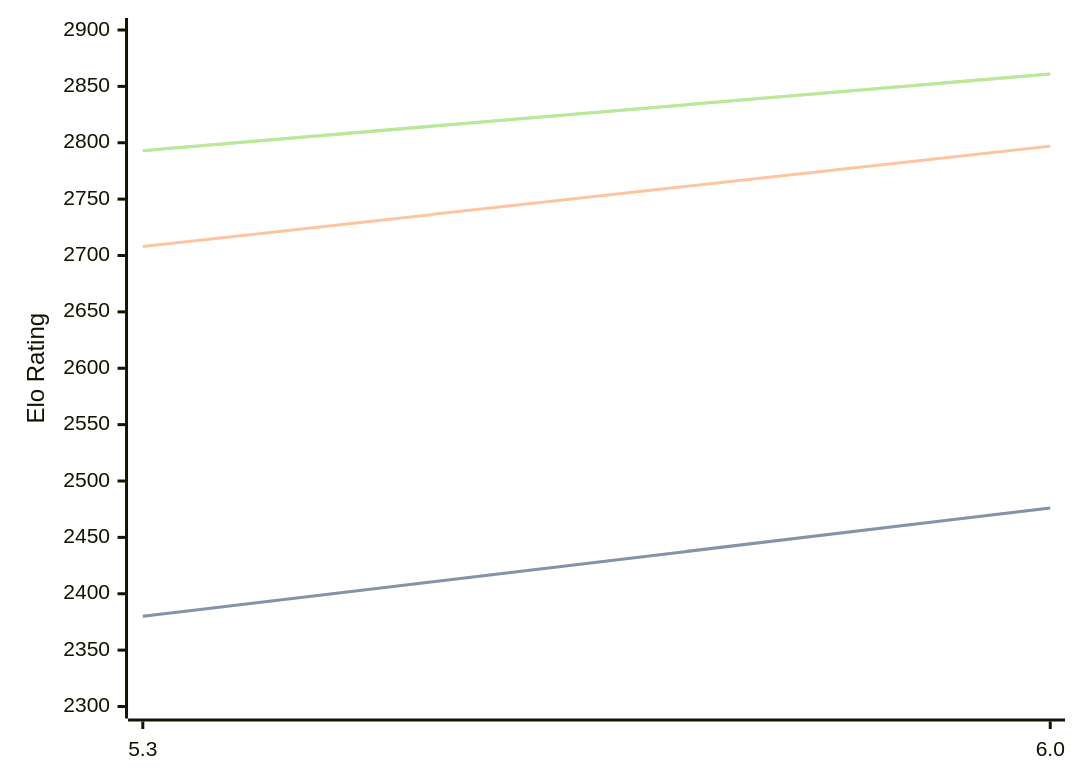
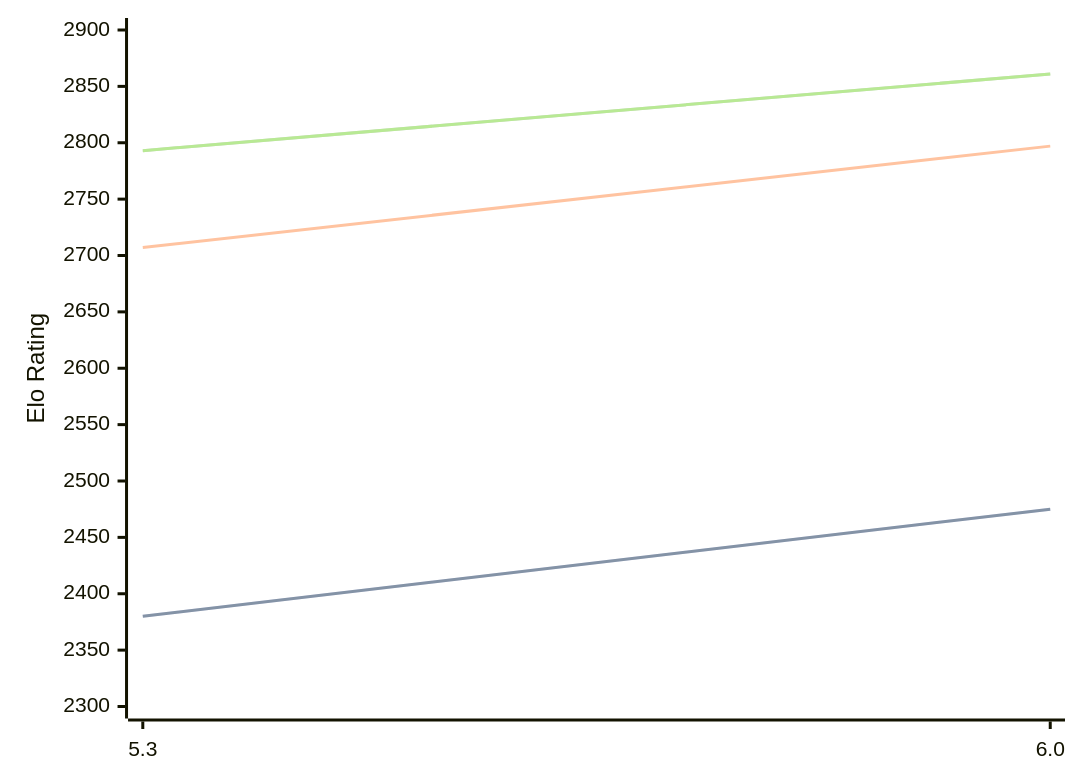
The diagram in engines/tomitankChess.md (computer-chess-index/cci), drawn with Mermaid before and after one commit. The commit also changed other lines of this file, not shown here.

````diff
--- a/engines/tomitankChess.md
+++ b/engines/tomitankChess.md
@@ -40,11 +40,11 @@
 ```mermaid
 %%{init: {"theme":"base","themeVariables":{"seriesColors:['#a3a3a3','#222221','#faa371']}}}%%
 xychart-beta
   x-axis ["5.3", "6.0"]
   y-axis "Elo Rating" 2300 --> 2900
-  line "STC (8.0+0.08s)" [2380, 2476]
-  line "STC (8.0+0.08s)" [2380, 2476]
-  line "LTC (60.0+0.60s)" [2708, 2797]
+  line "STC (8.0+0.08s)" [2380, 2475]
+  line "STC (8.0+0.08s)" [2380, 2475]
+  line "LTC (60.0+0.60s)" [2707, 2797]
   line "VLTC (2m24s+1.12s)" [2793, 2861]
   line "VLTC (2m24s+1.12s)" [2793, 2861]
 ```
````
